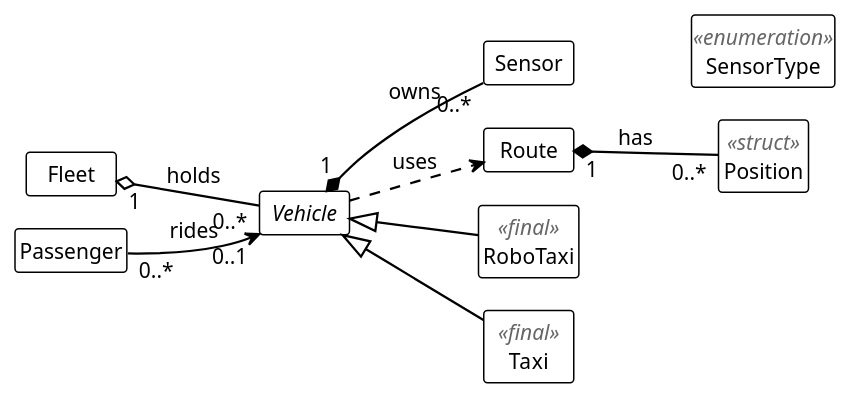
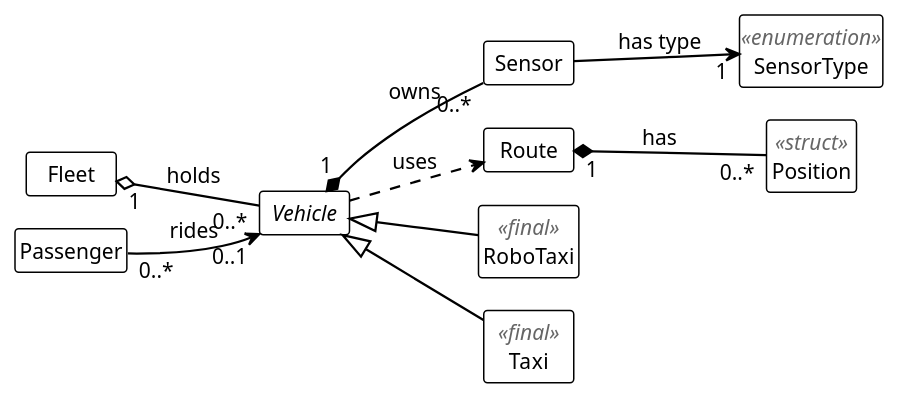
The diagram in project/week9/uml/model_full.plantuml (zeidk/enpm702-fall-2026-cpp), drawn with PlantUML before and after one commit. The commit also changed 7 other files, not shown here.

Commit message:
week9: UML copies join Sensor to SensorType with an association

```diff
--- a/project/week9/uml/model_full.plantuml
+++ b/project/week9/uml/model_full.plantuml
@@ -1,91 +1,91 @@
 @startuml model_full
 ' Generated for the slides.
 !theme mono
 skinparam backgroundColor white
 skinparam defaultFontName "Fira Sans"
 skinparam defaultFontSize 14
 skinparam shadowing false
 skinparam classAttributeIconSize 0
 skinparam nodesep 22
 skinparam ranksep 50
 skinparam ArrowThickness 1.5
 hide circle
 hide members
 skinparam minClassWidth 60
 skinparam classStereotypeFontSize 14
 left to right direction
 
 class Fleet {
   - vehicles_ : vector<shared_ptr<Vehicle>>
   + add(shared_ptr<Vehicle>) : void
   + remove(int) : bool
   + size() : size_t
 }
 class Passenger {
   - name_ : string
   - ride_ : weak_ptr<Vehicle>
   + board(shared_ptr<Vehicle>) : void
   + leave() : void
 }
 abstract class Vehicle {
   - id_ : int
   - {static} next_id_ : int
   - max_speed_ : double
   - speed_ : double
   - color_ : string
   - mileage_ : double
   - sensors_ : vector<unique_ptr<Sensor>>
   + Vehicle(double)
   + get_id() : int
   + get_color() : const string&
   + get_max_speed() : double
   + get_speed() : double
   + set_speed(double) : void
   + get_mileage() : double
   + add_mileage(double) : void
   + add_sensor(SensorType, double) : int
   + sensor_count() : size_t
   + get_sensors() : const vector<unique_ptr<Sensor>>&
   + {abstract} drive(const Route&) : void
   # log_event(const string&) : void
 }
 class Sensor {
   - id_ : int
   - type_ : SensorType
   - range_ : double
   + Sensor(int, SensorType, double)
   + get_id() : int
   + get_type() : SensorType
   + get_range() : double
 }
 enum SensorType <<enumeration>> {
   lidar
   camera
   radar
 }
 class Route {
   - waypoints_ : vector<Position>
   + add(Position) : void
   + length() : double
 }
 class Position <<struct>> {
   + x : double
   + y : double
 }
 class RoboTaxi <<final>> {
   + drive(const Route&) : void
 }
 class Taxi <<final>> {
   - driver_name_ : string
   + drive(const Route&) : void
 }
 
 Fleet "1" o-- "0..*" Vehicle : holds
 Passenger "0..*" --> "0..1" Vehicle : rides
 Vehicle "1" *-- "0..*" Sensor : owns
 Vehicle ..> Route : uses
 Route "1" *-- "0..*" Position : has
-Sensor -[hidden]-> SensorType
+Sensor --> "1" SensorType : has type
 Vehicle <|-- RoboTaxi
 Vehicle <|-- Taxi
 @enduml
```
